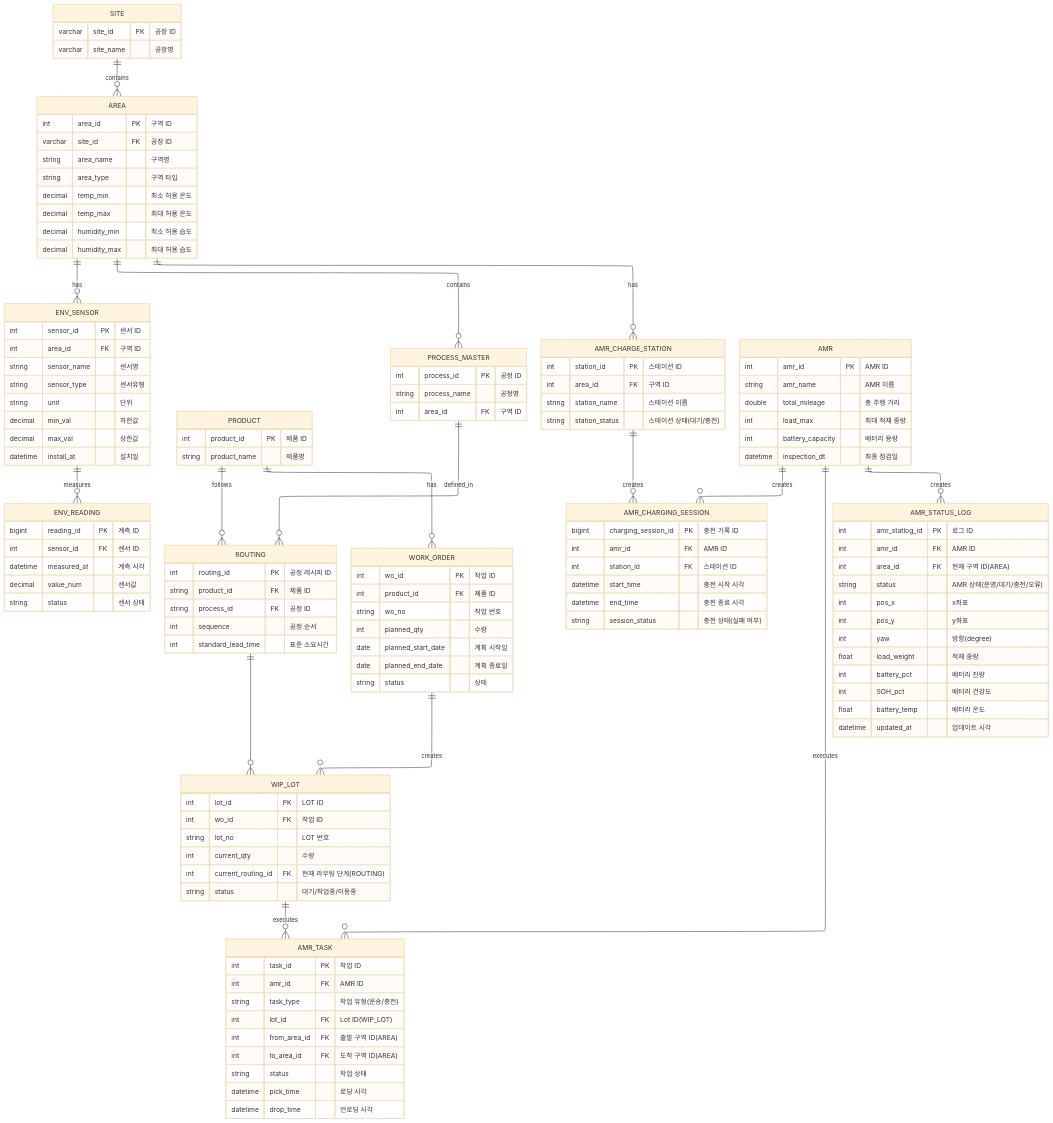
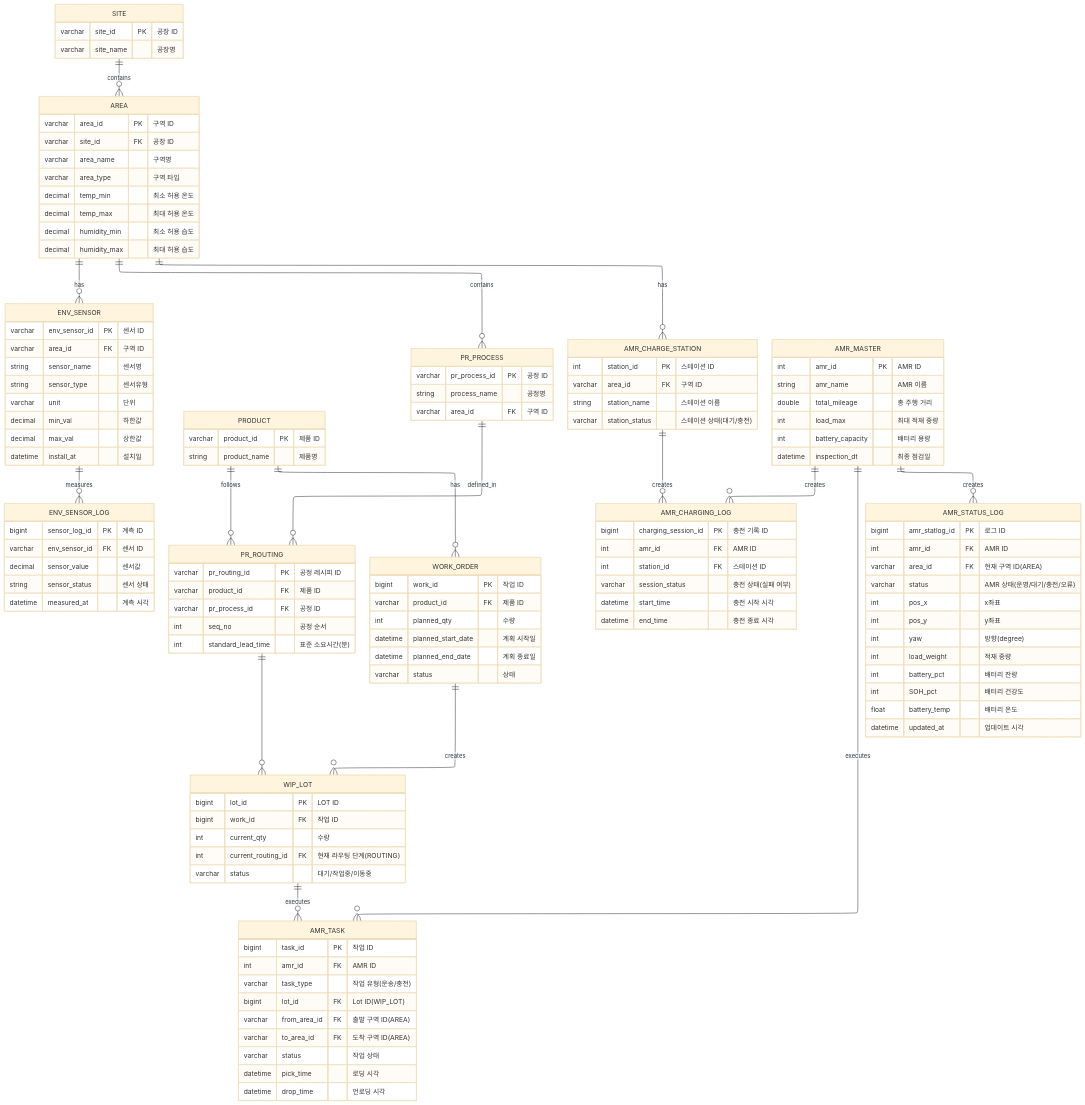
Before and after one commit to mobility-school-3th-team1/AMR-monitoring-smart-factory: the diagram in docs/데이터 스키마 설계.md, drawn with Mermaid. The commit also changed 1 other file, not shown here.

Commit message:
feat(db): add USER_ACCOUNT, REFRESH_TOKEN, ALARM_LOG, and AMR_COMMAND tables with sample data

````diff
--- a/docs/데이터 스키마 설계.md
+++ b/docs/데이터 스키마 설계.md
@@ -29,145 +29,143 @@
   layout: elk
 ---
 erDiagram
-    direction TB
-    SITE {
-        varchar site_id PK "공장 ID"
-        varchar site_name  "공장명"
-    }
+	direction TB
+	SITE {
+		varchar site_id PK "공장 ID"  
+		varchar site_name  "공장명"  
+	}
 
-    AREA {
-        int area_id PK "구역 ID"
-        varchar site_id FK "공장 ID"
-        string area_name  "구역명"
-        string area_type  "구역 타입"
-        decimal temp_min  "최소 허용 온도"
-        decimal temp_max  "최대 허용 온도"
-        decimal humidity_min  "최소 허용 습도"
-        decimal humidity_max  "최대 허용 습도"
-    }
+	AREA {
+		varchar area_id PK "구역 ID"
+		varchar site_id FK "공장 ID"
+		varchar area_name  "구역명"
+		varchar area_type  "구역 타입"  
+		decimal temp_min  "최소 허용 온도"  
+		decimal temp_max  "최대 허용 온도"  
+		decimal humidity_min  "최소 허용 습도"  
+		decimal humidity_max  "최대 허용 습도"  
+	}
 
-    ENV_SENSOR {
-        int sensor_id PK "센서 ID"
-        int area_id FK "구역 ID"
-        string sensor_name  "센서명"
-        string sensor_type  "센서유형"
-        string unit  "단위"
-        decimal min_val  "하한값"
-        decimal max_val  "상한값"
-        datetime install_at  "설치일"
-    }
+	ENV_SENSOR {
+		varchar env_sensor_id PK "센서 ID"  
+		varchar area_id FK "구역 ID"  
+		string sensor_name  "센서명"  
+		string sensor_type  "센서유형"  
+		varchar unit  "단위"  
+		decimal min_val  "하한값"  
+		decimal max_val  "상한값"  
+		datetime install_at  "설치일"  
+	}
 
-    ENV_READING {
-        bigint reading_id PK "계측 ID"
-        int sensor_id FK "센서 ID"
-        datetime measured_at  "계측 시각"
-        decimal value_num  "센서값"
-        string status  "센서 상태"
-    }
+	ENV_SENSOR_LOG {
+		bigint sensor_log_id PK "계측 ID"  
+		varchar env_sensor_id FK "센서 ID"
+		decimal sensor_value  "센서값"  
+		string sensor_status  "센서 상태"  
+		datetime measured_at  "계측 시각"  
+	}
 
-    PRODUCT {
-        int product_id PK "제품 ID"
-        string product_name  "제품명"
-    }
+	PRODUCT {
+		varchar product_id PK "제품 ID"  
+		string product_name  "제품명"  
+	}
 
-    PROCESS_MASTER {
-        int process_id PK "공정 ID"
-        string process_name  "공정명"
-        int area_id FK "구역 ID"
-    }
+	PR_PROCESS {
+		varchar pr_process_id PK "공정 ID"  
+		string process_name  "공정명"  
+		varchar area_id FK "구역 ID"  
+	}
 
-    ROUTING {
-        int routing_id PK "공정 레시피 ID"
-        string product_id FK "제품 ID"
-        string process_id FK "공정 ID"
-        int sequence  "공정 순서"
-        int standard_lead_time  "표준 소요시간"
-    }
+	PR_ROUTING {
+		varchar pr_routing_id PK "공정 레시피 ID"  
+		varchar product_id FK "제품 ID"  
+		varchar pr_process_id FK "공정 ID"  
+		int seq_no  "공정 순서"  
+		int standard_lead_time  "표준 소요시간(분)"  
+	}
 
-    WORK_ORDER {
-        int wo_id PK "작업 ID"
-        int product_id FK "제품 ID"
-        string wo_no  "작업 번호"
-        int planned_qty  "수량"
-        date planned_start_date  "계획 시작일"
-        date planned_end_date  "계획 종료일"
-        string status  "상태"
-    }
+	WORK_ORDER {
+		bigint work_id PK "작업 ID"  
+		varchar product_id FK "제품 ID"  
+		int planned_qty  "수량"  
+		datetime planned_start_date  "계획 시작일"  
+		datetime planned_end_date  "계획 종료일"  
+		varchar status  "상태"  
+	}
 
-    AMR_CHARGE_STATION {
-        int station_id PK "스테이션 ID"
-        int area_id FK "구역 ID"
-        string station_name  "스테이션 이름"
-        string station_status  "스테이션 상태(대기/충전)"
-    }
+	WIP_LOT {
+		bigint lot_id PK "LOT ID"  
+		bigint work_id FK "작업 ID"   
+		int current_qty  "수량"  
+		int current_routing_id FK "현재 라우팅 단계(ROUTING)"  
+		varchar status  "대기/작업중/이동중"  
+	}
 
-    AMR_CHARGING_SESSION {
-        bigint charging_session_id PK "충전 기록 ID"
-        int amr_id FK "AMR ID"
-        int station_id FK "스테이션 ID"
-        datetime start_time  "충전 시작 시각"
-        datetime end_time  "충전 종료 시각"
-        string session_status  "충전 상태(실패 여부)"
-    }
+	AMR_CHARGE_STATION {
+		int station_id PK "스테이션 ID"  
+		varchar area_id FK "구역 ID"  
+		string station_name  "스테이션 이름"  
+		varchar station_status  "스테이션 상태(대기/충전)"  
+	}
 
-    AMR {
-        int amr_id PK "AMR ID"
-        string amr_name  "AMR 이름"
-        double total_mileage  "총 주행 거리"
-        int load_max  "최대 적재 중량"
-        int battery_capacity  "배터리 용량"
-        datetime inspection_dt  "최종 점검일"
-    }
+	AMR_CHARGING_LOG {
+		bigint charging_session_id PK "충전 기록 ID"  
+		int amr_id FK "AMR ID"  
+		int station_id FK "스테이션 ID"  
+		varchar session_status  "충전 상태(실패 여부)"  
+		datetime start_time  "충전 시작 시각"  
+		datetime end_time  "충전 종료 시각"  
+	}
 
-    WIP_LOT {
-        int lot_id PK "LOT ID"
-        int wo_id FK "작업 ID"
-        string lot_no  "LOT 번호"
-        int current_qty  "수량"
-        int current_routing_id FK "현재 라우팅 단계(ROUTING)"
-        string status  "대기/작업중/이동중"
-    }
+	AMR_MASTER {
+		int amr_id PK "AMR ID"  
+		string amr_name  "AMR 이름"  
+		double total_mileage  "총 주행 거리"  
+		int load_max  "최대 적재 중량"  
+		int battery_capacity  "배터리 용량"  
+		datetime inspection_dt  "최종 점검일"  
+	}
 
-    AMR_TASK {
-        int task_id PK "작업 ID"
-        int amr_id FK "AMR ID"
-        string task_type  "작업 유형(운송/충전)"
-        int lot_id FK "Lot ID(WIP_LOT)"
-        int from_area_id FK "출발 구역 ID(AREA)"
-        int to_area_id FK "도착 구역 ID(AREA)"
-        string status  "작업 상태"
-        datetime pick_time  "로딩 시각"
-        datetime drop_time  "언로딩 시각"
-    }
+	AMR_TASK {
+		bigint task_id PK "작업 ID"  
+		int amr_id FK "AMR ID"  
+		varchar task_type  "작업 유형(운송/충전)"  
+		bigint lot_id FK "Lot ID(WIP_LOT)"  
+		varchar from_area_id FK "출발 구역 ID(AREA)"  
+		varchar to_area_id FK "도착 구역 ID(AREA)"  
+		varchar status  "작업 상태"  
+		datetime pick_time  "로딩 시각"  
+		datetime drop_time  "언로딩 시각"  
+	}
 
-    AMR_STATUS_LOG {
-        int amr_statlog_id PK "로그 ID"
-        int amr_id FK "AMR ID"
-        int area_id FK "현재 구역 ID(AREA)"
-        string status  "AMR 상태(운영/대기/충전/오류)"
-        int pos_x  "x좌표"
-        int pos_y  "y좌표"
-        int yaw  "방향(degree)"
-        float load_weight  "적재 중량"
-        int battery_pct  "배터리 잔량"
-        int SOH_pct  "배터리 건강도"
-        float battery_temp  "배터리 온도"
-        datetime updated_at  "업데이트 시각"
-    }
+	AMR_STATUS_LOG {
+		bigint amr_statlog_id PK "로그 ID"  
+		int amr_id FK "AMR ID"  
+		varchar area_id FK "현재 구역 ID(AREA)"  
+		varchar status  "AMR 상태(운영/대기/충전/오류)"  
+		int pos_x  "x좌표"  
+		int pos_y  "y좌표"  
+		int yaw  "방향(degree)"  
+		int load_weight  "적재 중량"  
+		int battery_pct  "배터리 잔량"  
+		int SOH_pct  "배터리 건강도"  
+		float battery_temp  "배터리 온도"  
+		datetime updated_at  "업데이트 시각"  
+	}
 
-    SITE||--o{AREA:"contains"
-    AREA||--o{PROCESS_MASTER:"contains"
-    AREA||--o{AMR_CHARGE_STATION:"has"
-    AREA||--o{ENV_SENSOR:"has"
-    ENV_SENSOR||--o{ENV_READING:"measures"
-    PRODUCT||--o{WORK_ORDER:"has"
-    PRODUCT||--o{ROUTING:"follows"
-    ROUTING||--o{WIP_LOT:"  "
-    PROCESS_MASTER||--o{ROUTING:"defined_in"
-    WORK_ORDER||--o{WIP_LOT:"creates"
-    WIP_LOT||--o{AMR_TASK:"executes"
-    AMR||--o{AMR_STATUS_LOG:"creates"
-    AMR||--o{AMR_TASK:"executes"
-    AMR||--o{AMR_CHARGING_SESSION:"creates"
-    AMR_CHARGE_STATION||--o{AMR_CHARGING_SESSION:"creates"
+	SITE||--o{AREA:"contains"
+	AREA||--o{PR_PROCESS:"contains"
+	AREA||--o{AMR_CHARGE_STATION:"has"
+	AREA||--o{ENV_SENSOR:"has"
+	ENV_SENSOR||--o{ENV_SENSOR_LOG:"measures"
+	PRODUCT||--o{WORK_ORDER:"has"
+	PRODUCT||--o{PR_ROUTING:"follows"
+	PR_ROUTING||--o{WIP_LOT:"  "
+	PR_PROCESS||--o{PR_ROUTING:"defined_in"
+	WORK_ORDER||--o{WIP_LOT:"creates"
+	WIP_LOT||--o{AMR_TASK:"executes"
+	AMR_MASTER||--o{AMR_STATUS_LOG:"creates"
+	AMR_MASTER||--o{AMR_TASK:"executes"
+	AMR_MASTER||--o{AMR_CHARGING_LOG:"creates"
+	AMR_CHARGE_STATION||--o{AMR_CHARGING_LOG:"creates"
 ```
````
